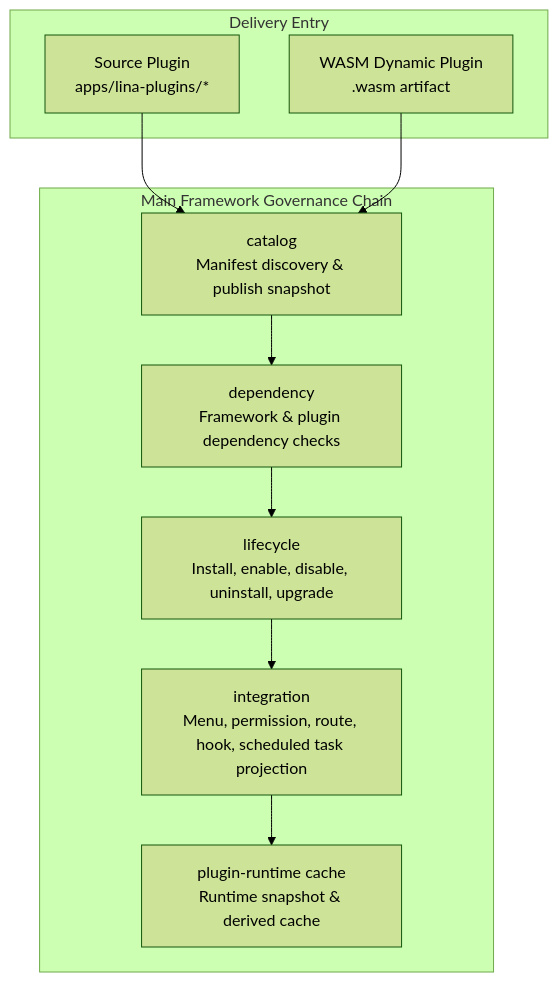
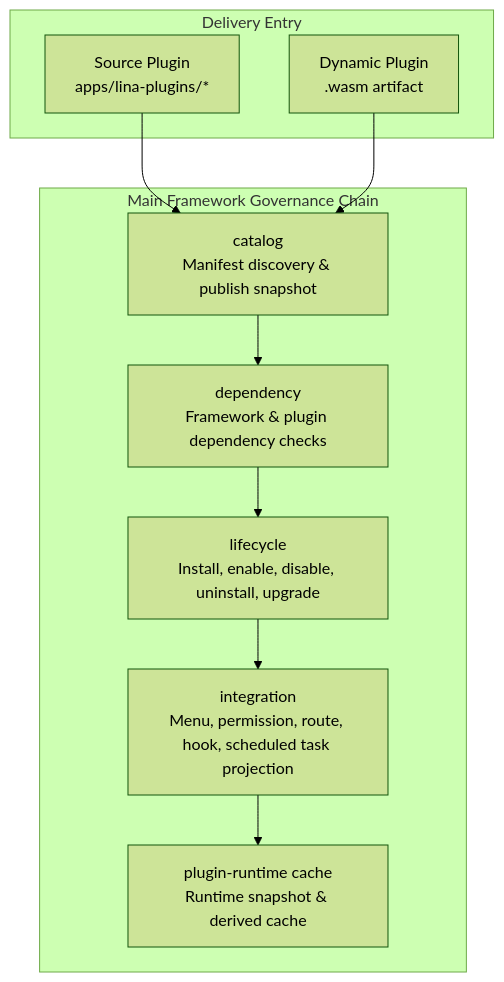
One commit to linaproai/linapro-site changed the first of 2 diagrams in apps/lina-site/i18n/en/docusaurus-plugin-content-docs/current/docs/2000-components/5000-plugin-system/5000-plugin-system.md. Above: the diagram before and after it, drawn with Mermaid (forest theme). The commit also changed other lines of this file and 11 other files, not shown here.

````diff
--- a/apps/lina-site/i18n/en/docusaurus-plugin-content-docs/current/docs/2000-components/5000-plugin-system/5000-plugin-system.md
+++ b/apps/lina-site/i18n/en/docusaurus-plugin-content-docs/current/docs/2000-components/5000-plugin-system/5000-plugin-system.md
@@ -69,22 +58,22 @@
 ```mermaid
 flowchart TD
     subgraph Delivery["Delivery Entry"]
         Source["Source Plugin<br/>apps/lina-plugins/*"]
-        Dynamic["WASM Dynamic Plugin<br/>.wasm artifact"]
+        Dynamic["Dynamic Plugin<br/>.wasm artifact"]
     end
 
     subgraph Pipeline["Main Framework Governance Chain"]
         Catalog["catalog<br/>Manifest discovery & publish snapshot"]
         Dependency["dependency<br/>Framework & plugin dependency checks"]
         Lifecycle["lifecycle<br/>Install, enable, disable, uninstall, upgrade"]
         Integration["integration<br/>Menu, permission, route, hook, scheduled task projection"]
         Cache["plugin-runtime cache<br/>Runtime snapshot & derived cache"]
     end
 
     Source --> Catalog
     Dynamic --> Catalog
     Catalog --> Dependency
     Dependency --> Lifecycle
     Lifecycle --> Integration
     Integration --> Cache
 ```
````
